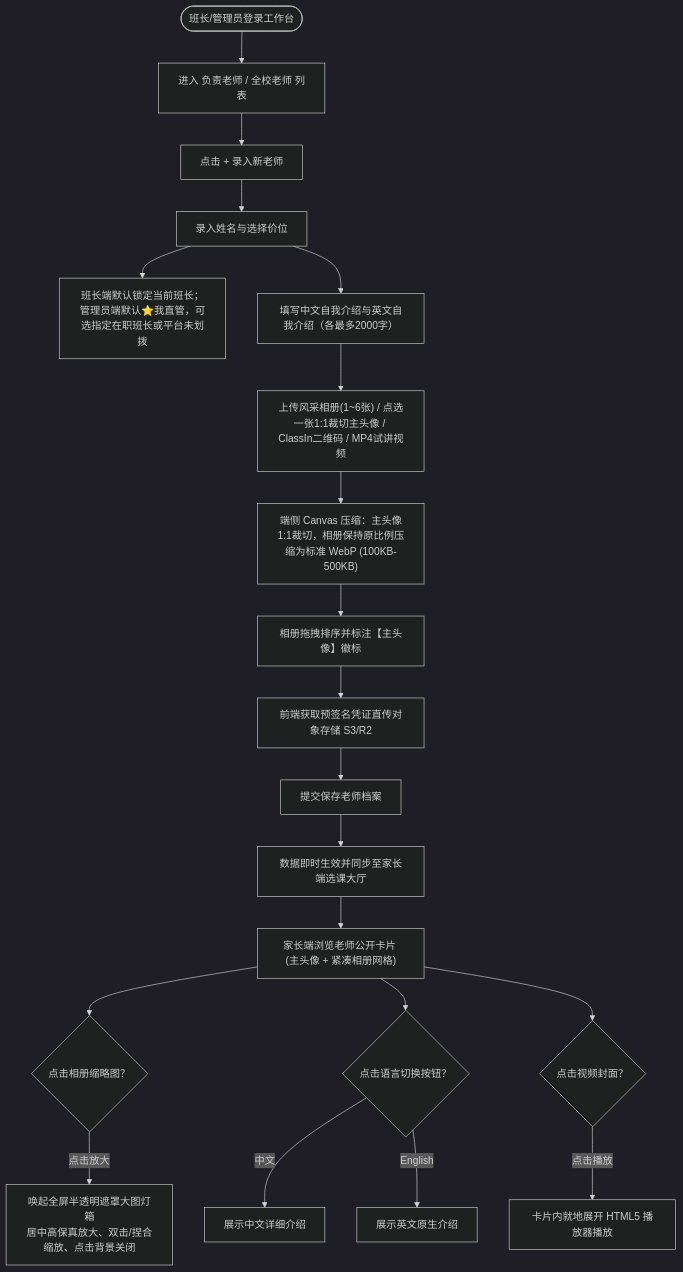
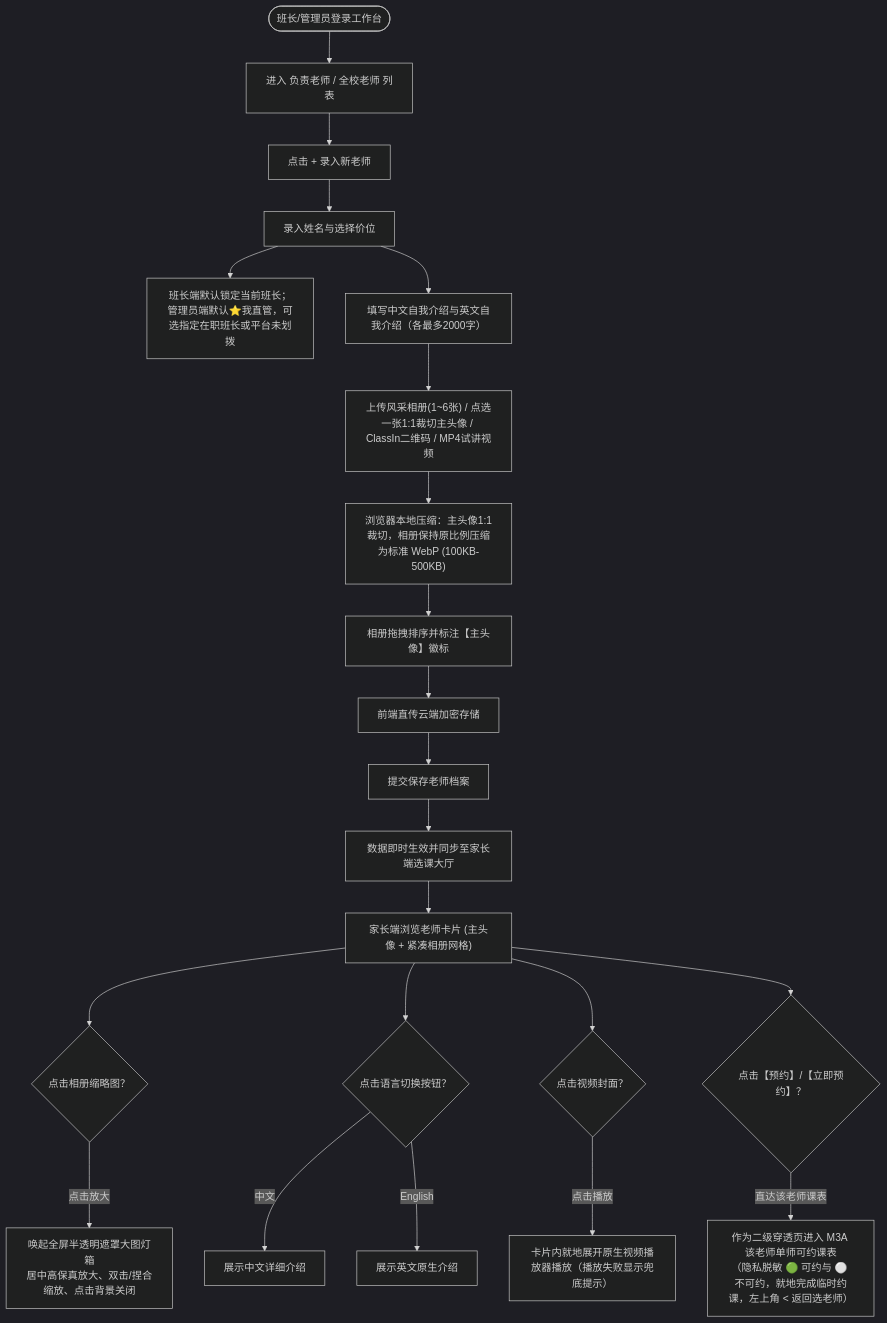
One commit to Onezao/dream changed the first of 8 diagrams in docs/prd/m1b_teacher_profile.md. Above: the diagram before and after it, drawn with Mermaid (dark theme). The commit also changed other lines of this file and 38 other files, not shown here.

````diff
--- a/docs/prd/m1b_teacher_profile.md
+++ b/docs/prd/m1b_teacher_profile.md
@@ -51,29 +51,32 @@
 ```mermaid
 flowchart TD
     Start(["班长/管理员登录工作台"]) --> NavTeacher["进入 负责老师 / 全校老师 列表"]
     NavTeacher --> ClickCreate["点击 + 录入新老师"]
     
     ClickCreate --> InputBase["录入姓名与选择价位"]
     InputBase --> AutoBind["班长端默认锁定当前班长；管理员端默认⭐我直管，可选指定在职班长或平台未划拨"]
     InputBase --> InputBio["填写中文自我介绍与英文自我介绍（各最多2000字）"]
     
     InputBio --> UploadMedia["上传风采相册(1~6张) / 点选一张1:1裁切主头像 / ClassIn二维码 / MP4试讲视频"]
-    UploadMedia --> ClientCrop["端侧 Canvas 压缩：主头像1:1裁切，相册保持原比例压缩为标准 WebP (100KB-500KB)"]
+    UploadMedia --> ClientCrop["浏览器本地压缩：主头像1:1裁切，相册保持原比例压缩为标准 WebP (100KB-500KB)"]
     ClientCrop --> ReorderPhotos["相册拖拽排序并标注【主头像】徽标"]
-    ReorderPhotos --> PresignedDirect["前端获取预签名凭证直传对象存储 S3/R2"]
+    ReorderPhotos --> PresignedDirect["前端直传云端加密存储"]
     PresignedDirect --> SaveProfile["提交保存老师档案"]
     
     SaveProfile --> PublicPublish["数据即时生效并同步至家长端选课大厅"]
     
-    PublicPublish --> ParentView["家长端浏览老师公开卡片 (主头像 + 紧凑相册网格)"]
+    PublicPublish --> ParentView["家长端浏览老师卡片 (主头像 + 紧凑相册网格)"]
     
     ParentView --> ClickPhoto{"点击相册缩略图？"}
     ClickPhoto -->|"点击放大"| LightboxModal["唤起全屏半透明遮罩大图灯箱\n居中高保真放大、双击/捏合缩放、点击背景关闭"]
     
     ParentView --> SwitchLang{"点击语言切换按钮？"}
     SwitchLang -->|"中文"| ShowZh["展示中文详细介绍"]
     SwitchLang -->|"English"| ShowEn["展示英文原生介绍"]
     
     ParentView --> ClickVideo{"点击视频封面？"}
-    ClickVideo -->|"点击播放"| InPlacePlay["卡片内就地展开 HTML5 播放器播放"]
+    ClickVideo -->|"点击播放"| InPlacePlay["卡片内就地展开原生视频播放器播放（播放失败显示兜底提示）"]
+
+    ParentView --> ClickBook{"点击【预约】/【立即预约】？"}
+    ClickBook -->|"直达该老师课表"| TeacherCal["作为二级穿透页进入 M3A 该老师单师可约课表\n（隐私脱敏 🟢 可约与 ⚪ 不可约，就地完成临时约课，左上角 < 返回选老师）"]
 ```
````
